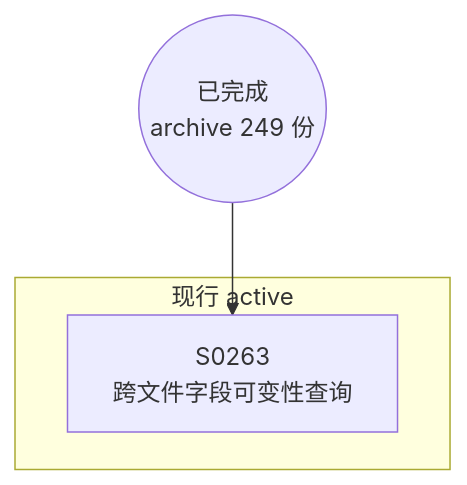
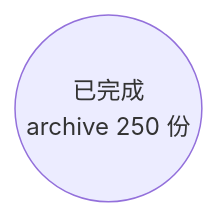
One commit to Halckon/Koven changed the diagram in docs/specs/dependency-graph.md. Above: the diagram before and after it, drawn with Mermaid. The commit also changed other lines of this file and 10 other files, not shown here.

````diff
--- a/docs/specs/dependency-graph.md
+++ b/docs/specs/dependency-graph.md
@@ -9,8 +9,4 @@
 ```mermaid
 flowchart TD
-ARCH(("已完成<br/>archive 249 份"))
-subgraph Gactive["现行 active"]
-  S0263["S0263<br/>跨文件字段可变性查询"]
-end
-ARCH --> S0263
+ARCH(("已完成<br/>archive 250 份"))
 ```
````
